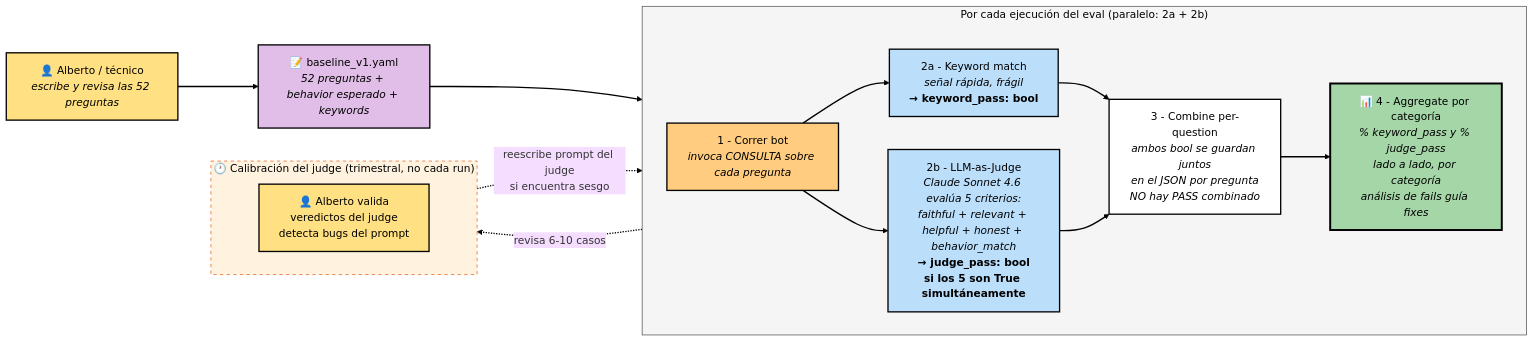
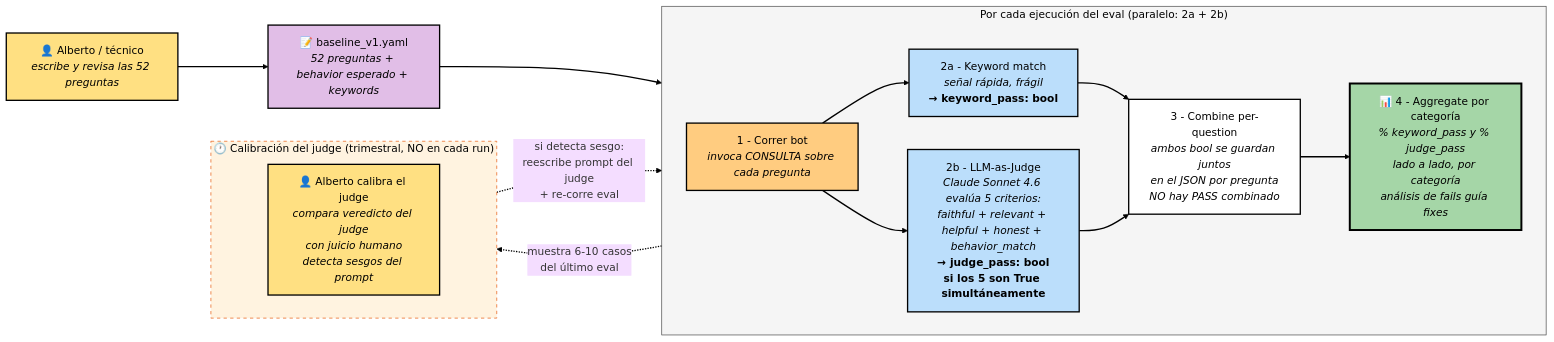
The seventh of 8 diagrams in docs/ARCHITECTURE.md (albertofontiber/technical_bot), drawn with Mermaid (base theme) before and after one commit. The commit also changed other lines of this file, not shown here.

Commit message:
ARCHITECTURE.md §4.4: 'validar' → 'calibrar' in human-in-loop terminology
Alberto pushed back on the wording: he doesn't VALIDATE each eval run
(that's the analyst's instant read of % PASS delta). He CALIBRATES the
judge periodically — instrument maintenance, not per-eval approval.

Changes:
- Diagram node: "Alberto valida veredictos" → "Alberto calibra el judge"
- Diagram edges: "revisa 6-10 casos" → "muestra 6-10 casos del último eval"
  + "reescribe prompt del judge si encuentra sesgo" → "si detecta sesgo:
  reescribe prompt del judge + re-corre eval"
- Diagram subgraph label: "(trimestral, no cada run)" → "(trimestral,
  NO en cada run)" for emphasis.
- Narrative (5) rewritten to lead with "Calibración del judge por humano"
  and make explicit that per-eval validation is a separate analyst task
  (not the calibration loop).

The distinction matters: validation = approve a result, calibration =
tune the measuring instrument. Alberto's role is the latter.

````diff
--- a/docs/ARCHITECTURE.md
+++ b/docs/ARCHITECTURE.md
@@ -430,33 +430,33 @@
 ```mermaid
 flowchart LR
     Human[👤 Alberto / técnico<br><i>escribe y revisa las 52 preguntas</i>] --> YAML
     YAML[📝 baseline_v1.yaml<br><i>52 preguntas + behavior esperado + keywords</i>] --> Runner[1 - Correr bot<br><i>invoca CONSULTA sobre cada pregunta</i>]
 
     subgraph PerRun ["Por cada ejecución del eval (paralelo: 2a + 2b)"]
         direction LR
         Runner --> Score1[2a - Keyword match<br><i>señal rápida, frágil</i><br><b>→ keyword_pass: bool</b>]
         Runner --> Score2[2b - LLM-as-Judge<br><i>Claude Sonnet 4.6 evalúa 5 criterios:<br>faithful + relevant + helpful + honest + behavior_match</i><br><b>→ judge_pass: bool<br>si los 5 son True simultáneamente</b>]
         Score1 --> Combine[3 - Combine per-question<br><i>ambos bool se guardan juntos<br>en el JSON por pregunta<br>NO hay PASS combinado</i>]
         Score2 --> Combine
         Combine --> Report[📊 4 - Aggregate por categoría<br><i>% keyword_pass y % judge_pass<br>lado a lado, por categoría<br>análisis de fails guía fixes</i>]
     end
 
-    subgraph Periodic ["🕐 Calibración del judge (trimestral, no cada run)"]
+    subgraph Periodic ["🕐 Calibración del judge (trimestral, NO en cada run)"]
         direction LR
-        Report -.->|revisa 6-10 casos| HumanReview[👤 Alberto valida<br>veredictos del judge<br>detecta bugs del prompt]
-        HumanReview -.->|reescribe prompt del judge<br>si encuentra sesgo| Score2
+        Report -.->|muestra 6-10 casos<br>del último eval| HumanReview[👤 Alberto calibra el judge<br><i>compara veredicto del judge<br>con juicio humano<br>detecta sesgos del prompt</i>]
+        HumanReview -.->|si detecta sesgo:<br>reescribe prompt del judge<br>+ re-corre eval| Score2
     end
 
     style Human fill:#ffe082,stroke:#000000,color:#000000,stroke-width:2px
     style YAML fill:#e1bee7,stroke:#000000,color:#000000,stroke-width:2px
     style Runner fill:#ffcc80,stroke:#000000,color:#000000,stroke-width:2px
     style Score1 fill:#bbdefb,stroke:#000000,color:#000000,stroke-width:2px
     style Score2 fill:#bbdefb,stroke:#000000,color:#000000,stroke-width:2px
     style Combine fill:#ffffff,stroke:#000000,color:#000000,stroke-width:2px
     style Report fill:#a5d6a7,stroke:#000000,color:#000000,stroke-width:3px
     style HumanReview fill:#ffe082,stroke:#000000,color:#000000,stroke-width:2px
     style PerRun fill:#f5f5f5,stroke:#424242,color:#000000,stroke-width:1px
     style Periodic fill:#fff3e0,stroke:#e65100,color:#000000,stroke-width:1px,stroke-dasharray: 5 5
 
     linkStyle default stroke:#000000,stroke-width:2px
 ```
````
